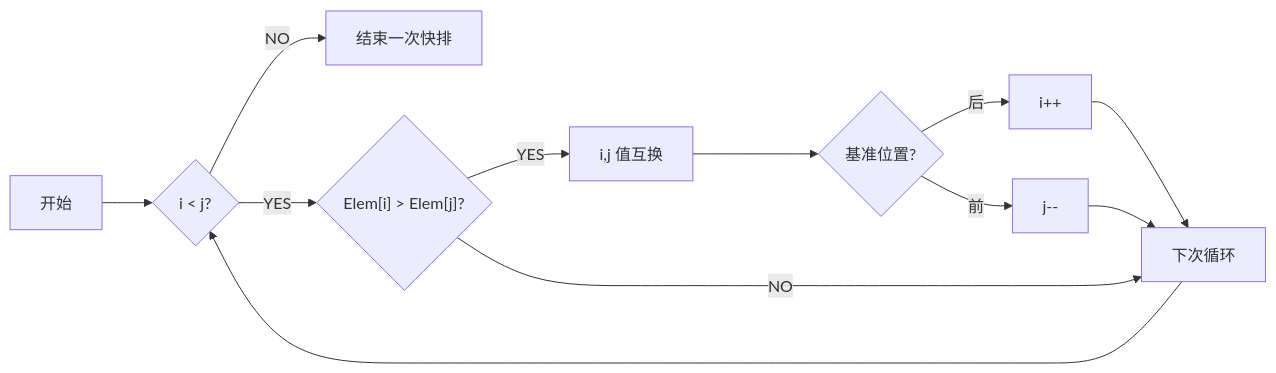
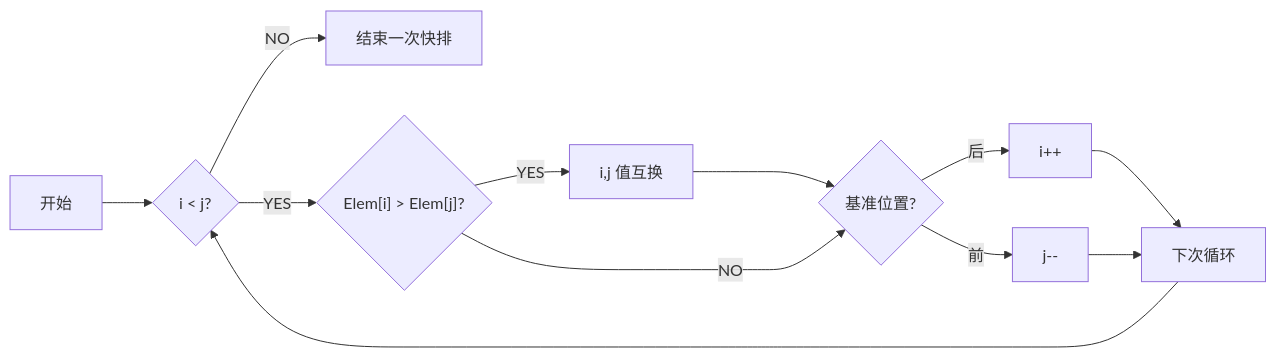
One commit to Trouvaille0198/Notes changed the diagram in Courses/DataStructure.md. Above: the diagram before and after it, drawn with Mermaid. The commit also changed other lines of this file and 3 other files, not shown here.

````diff
--- a/Courses/DataStructure.md
+++ b/Courses/DataStructure.md
@@ -2869,14 +2882,15 @@
 ```mermaid
 graph LR
 	start[开始]-->con1{"i < j?"}
 	con1 -- NO --> recurve["结束一次快排"]
     con1 -- YES --> con2{"Elem[i] > Elem[j]?"}
     con2 -- YES --> exchange["i,j 值互换"]
 	exchange ---> pivot{"基准位置?"}
+	con2 -- NO -->pivot
 	pivot -- "前" --> j["j--"]
 	pivot -- "后" --> i["i++"]
 	i --> finish["下次循环"]
 	j --> finish
-	con2 -- NO -->finish
+	
 	finish --> con1
 ```
````
